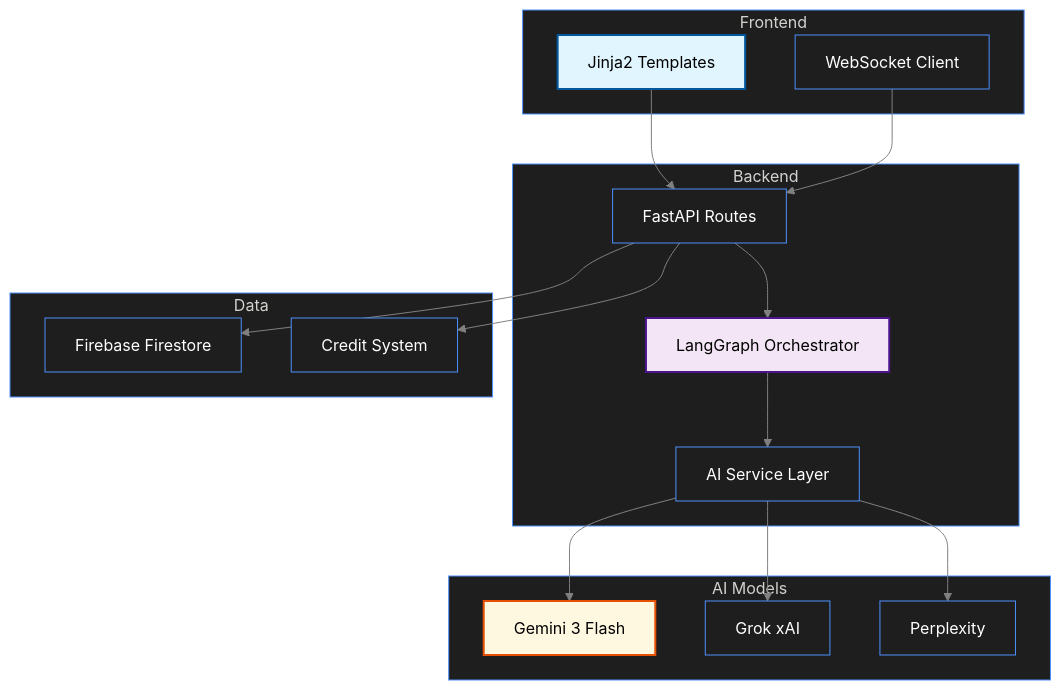
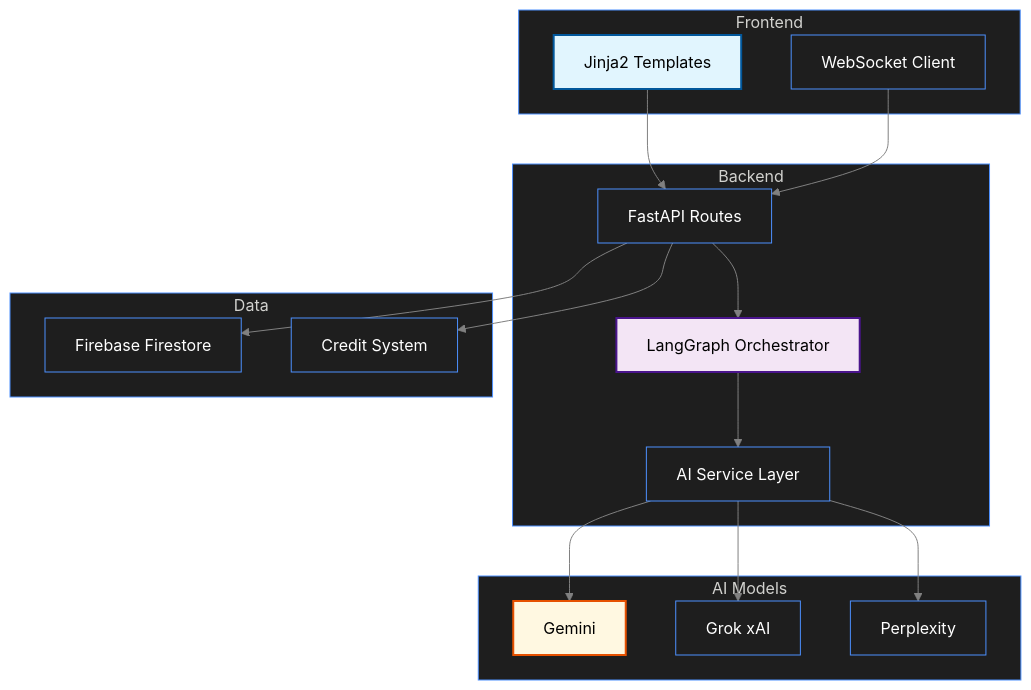
One commit to victorvos/cv-portfolio changed the diagram in projects/darom.md. Above: the diagram before and after it, drawn with Mermaid. The commit also changed other lines of this file and 1 other file, not shown here.

````diff
--- a/projects/darom.md
+++ b/projects/darom.md
@@ -20,39 +21,39 @@
 ```mermaid
 %%{init: {'theme': 'base', 'themeVariables': {'darkMode': true, 'background': '#121212', 'primaryColor': '#1e1e1e', 'primaryTextColor': '#ffffff', 'primaryBorderColor': '#4d90fe', 'secondaryColor': '#252526', 'tertiaryColor': '#2d2d30', 'lineColor': '#808080', 'textColor': '#ffffff', 'clusterBkg': '#1e1e1e', 'clusterBorder': '#4d90fe', 'nodeTextColor': '#ffffff'}}}%%
 graph TB
     subgraph "Frontend"
         A[Jinja2 Templates]
         B[WebSocket Client]
     end
     
     subgraph "Backend"
         C[FastAPI Routes]
         D[LangGraph Orchestrator]
         E[AI Service Layer]
     end
     
     subgraph "AI Models"
-        F[Gemini 3 Flash]
+        F[Gemini]
         G[Grok xAI]
         H[Perplexity]
     end
     
     subgraph "Data"
         I[Firebase Firestore]
         J[Credit System]
     end
     
     A --> C
     B --> C
     C --> D
     D --> E
     E --> F
     E --> G
     E --> H
     C --> I
     C --> J
     
     style A fill:#e1f5fe,stroke:#01579b,stroke-width:2px,color:#000000
     style D fill:#f3e5f5,stroke:#4a148c,stroke-width:2px,color:#000000
     style F fill:#fff8e1,stroke:#e65100,stroke-width:2px,color:#000000
 ```
````
